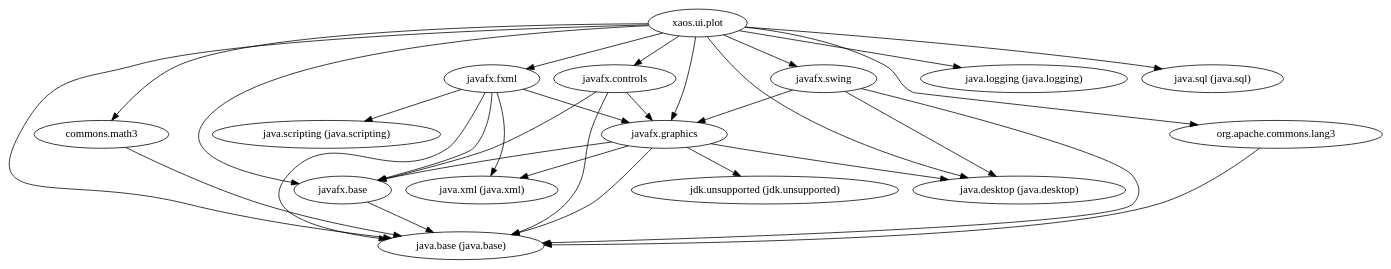
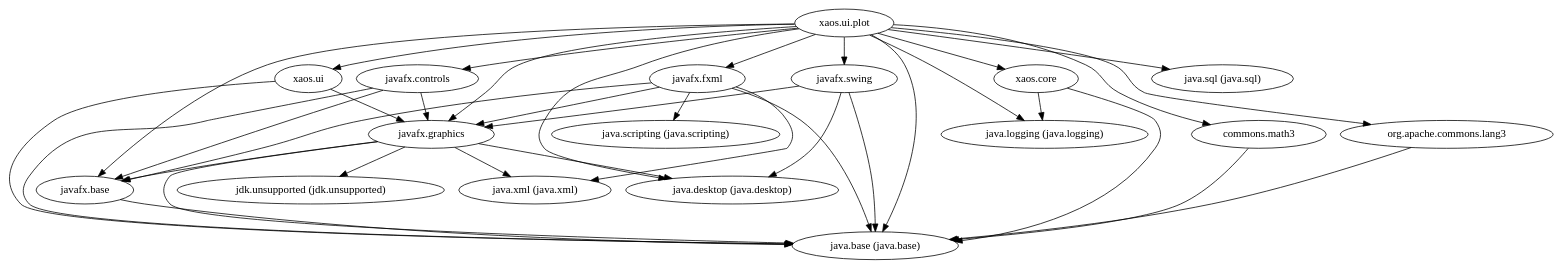
One commit to ESSICS/XAOS changed the diagram in xaos.ui.plot.module/doc/module-dependencies.dot. Above: the diagram before and after it, drawn with Graphviz. The commit also changed 33 other files, not shown here.

```diff
--- a/xaos.ui.plot.module/doc/module-dependencies.dot
+++ b/xaos.ui.plot.module/doc/module-dependencies.dot
@@ -1,32 +1,38 @@
 digraph "summary" {
+  "xaos.core"                                        -> "java.base (java.base)";
+  "xaos.core"                                        -> "java.logging (java.logging)";
   "javafx.swing"                                     -> "java.base (java.base)";
   "javafx.swing"                                     -> "java.desktop (java.desktop)";
   "javafx.swing"                                     -> "javafx.graphics";
   "javafx.controls"                                  -> "java.base (java.base)";
   "javafx.controls"                                  -> "javafx.base";
   "javafx.controls"                                  -> "javafx.graphics";
+  "xaos.ui"                                          -> "java.base (java.base)";
+  "xaos.ui"                                          -> "javafx.graphics";
   "javafx.fxml"                                      -> "java.base (java.base)";
   "javafx.fxml"                                      -> "java.scripting (java.scripting)";
   "javafx.fxml"                                      -> "java.xml (java.xml)";
   "javafx.fxml"                                      -> "javafx.base";
   "javafx.fxml"                                      -> "javafx.graphics";
   "xaos.ui.plot"                                     -> "commons.math3";
   "xaos.ui.plot"                                     -> "java.base (java.base)";
   "xaos.ui.plot"                                     -> "java.desktop (java.desktop)";
   "xaos.ui.plot"                                     -> "java.logging (java.logging)";
   "xaos.ui.plot"                                     -> "java.sql (java.sql)";
   "xaos.ui.plot"                                     -> "javafx.base";
   "xaos.ui.plot"                                     -> "javafx.controls";
   "xaos.ui.plot"                                     -> "javafx.fxml";
   "xaos.ui.plot"                                     -> "javafx.graphics";
   "xaos.ui.plot"                                     -> "javafx.swing";
   "xaos.ui.plot"                                     -> "org.apache.commons.lang3";
+  "xaos.ui.plot"                                     -> "xaos.core";
+  "xaos.ui.plot"                                     -> "xaos.ui";
   "org.apache.commons.lang3"                         -> "java.base (java.base)";
   "javafx.graphics"                                  -> "java.base (java.base)";
   "javafx.graphics"                                  -> "java.desktop (java.desktop)";
   "javafx.graphics"                                  -> "java.xml (java.xml)";
   "javafx.graphics"                                  -> "javafx.base";
   "javafx.graphics"                                  -> "jdk.unsupported (jdk.unsupported)";
   "javafx.base"                                      -> "java.base (java.base)";
   "commons.math3"                                    -> "java.base (java.base)";
 }
```
